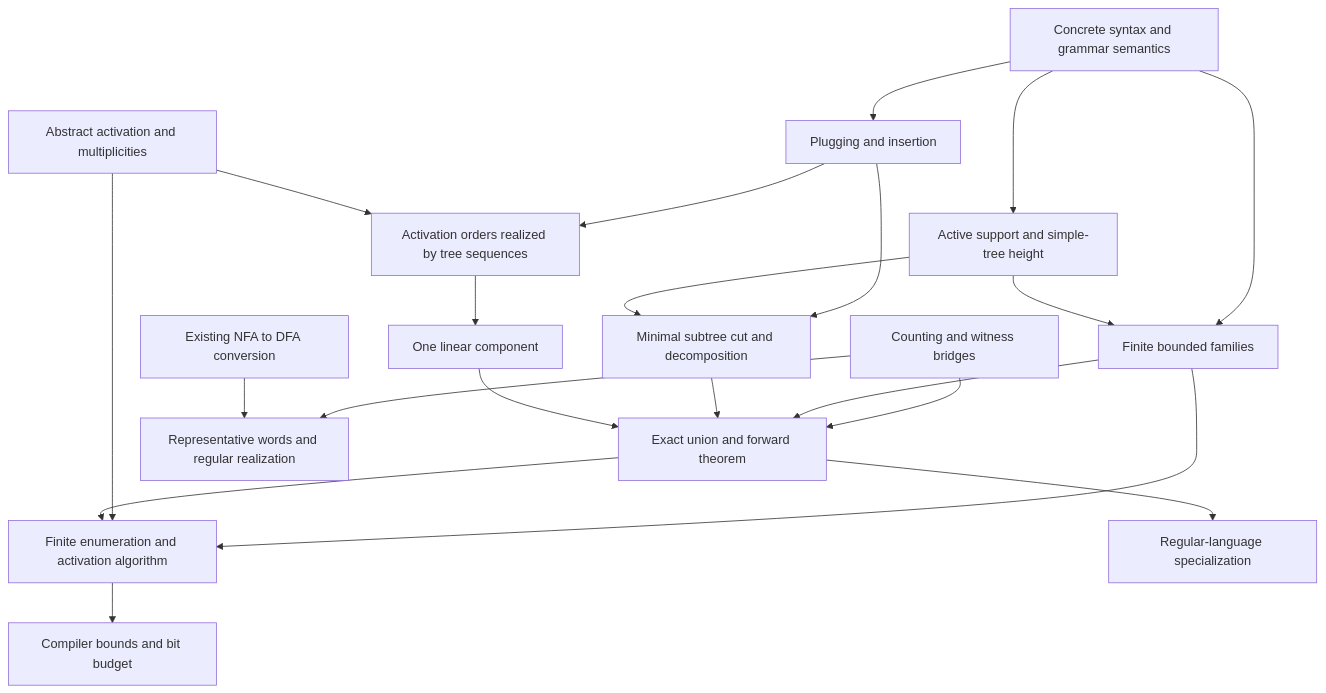
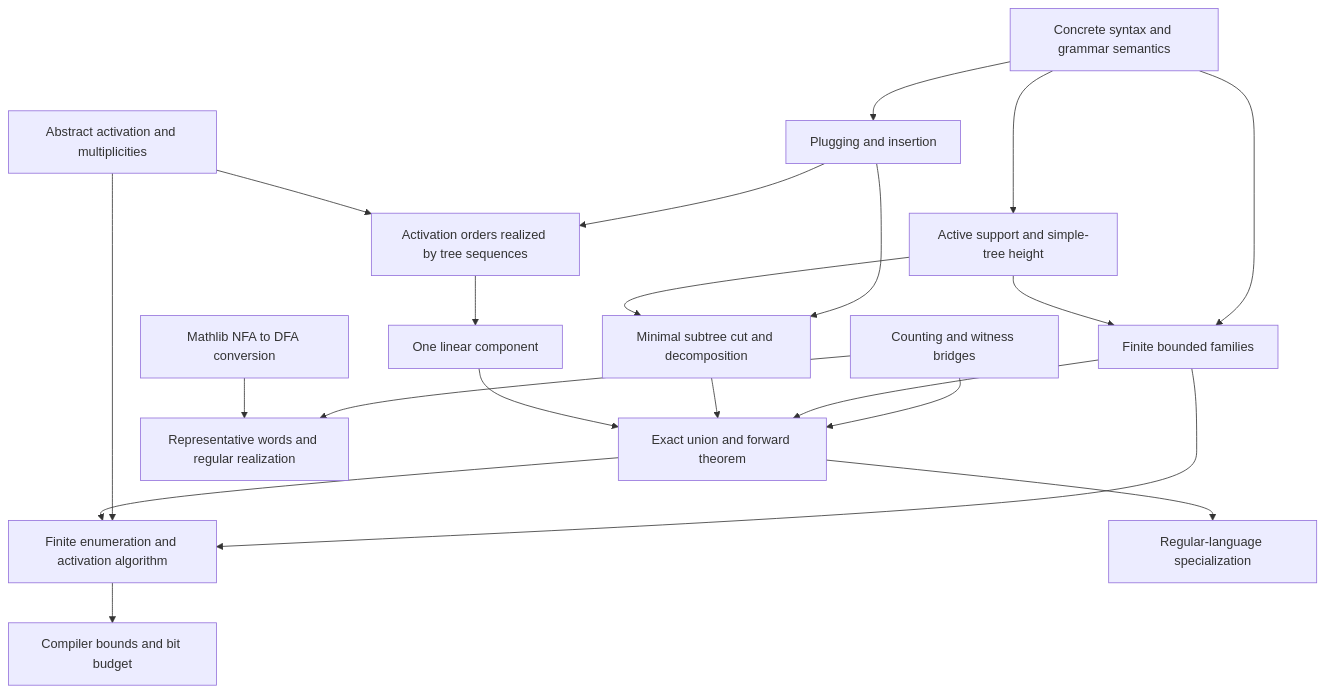
The diagram in docs/PROOF_PLAN.md (focs-lab/parikh-theorem), drawn with Mermaid before and after one commit. The commit also changed other lines of this file and 11 other files, not shown here.

Commit message:
Prove witness DFA regularity and converse Parikh realization

````diff
--- a/docs/PROOF_PLAN.md
+++ b/docs/PROOF_PLAN.md
@@ -36,23 +38,23 @@
 ```mermaid
 flowchart TD
   Counting[Counting and witness bridges] --> Main[Exact union and forward theorem]
   Trees[Concrete syntax and grammar semantics] --> Surgery[Plugging and insertion]
   Trees --> Height[Active support and simple-tree height]
   Trees --> Bounded[Finite bounded families]
   Height --> Bounded
   Surgery --> Cut[Minimal subtree cut and decomposition]
   Height --> Cut
   Bounded --> Main
   Surgery --> Realize[Activation orders realized by tree sequences]
   Activation[Abstract activation and multiplicities] --> Realize
   Realize --> Linear[One linear component]
   Cut --> Main
   Linear --> Main
   Counting --> Converse[Representative words and regular realization]
-  DFA[Existing NFA to DFA conversion] --> Converse
+  DFA[Mathlib NFA to DFA conversion] --> Converse
   Bounded --> Compiler[Finite enumeration and activation algorithm]
   Activation --> Compiler
   Main --> Compiler
   Compiler --> Bounds[Compiler bounds and bit budget]
   Main --> Regular[Regular-language specialization]
 ```
````
